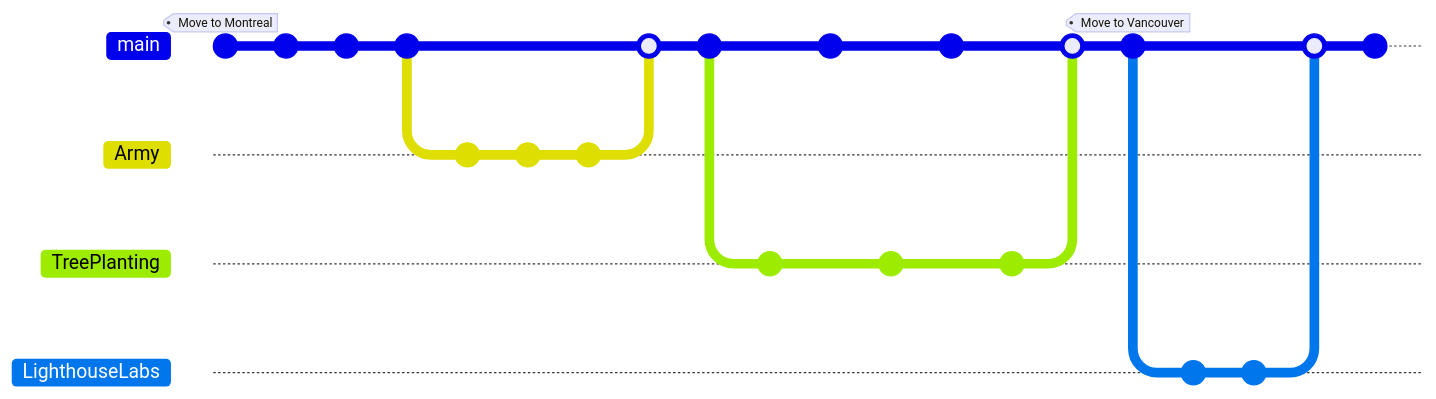
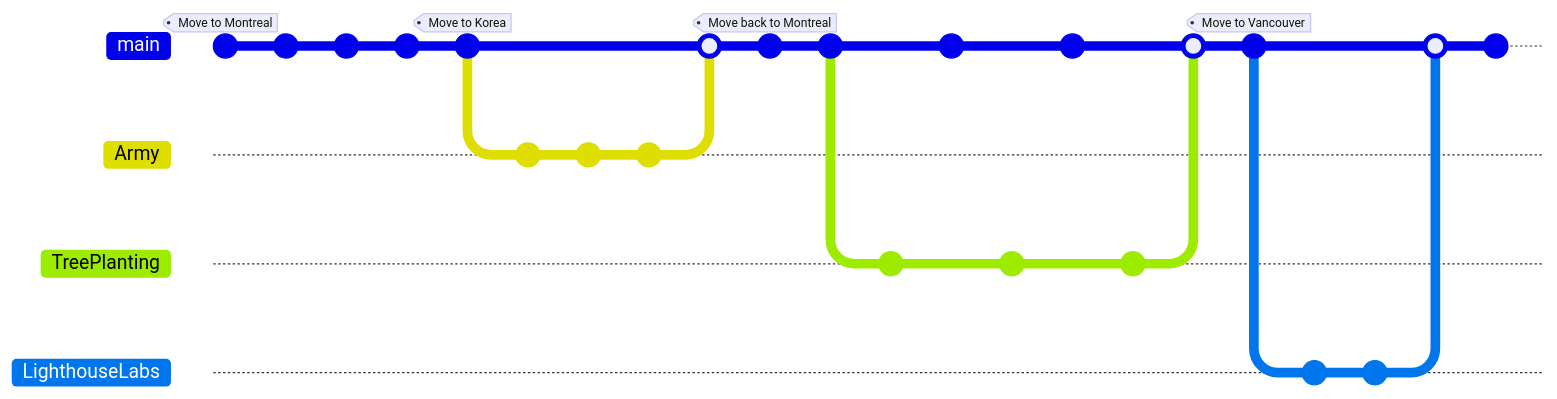
One commit to jakinyang/jakinyang changed the diagram in README.md. Above: the diagram before and after it, drawn with Mermaid. Commit ids are hidden.

Commit message:
--fix mermaid again

````diff
--- a/README.md
+++ b/README.md
@@ -354,37 +354,39 @@
 ```mermaid
 gitGraph:
     commit tag: "Move to Montreal"
     commit id: "2015 - start 1st Year University: Psychology"
     commit id: "2016 - start 2nd Year University: Psychology"
     commit id: "2017 - return to Korea: Military Service"
+    commit tag: "Move to Korea"
     branch Army
     checkout Army
     commit id: "2017 - complete army engineer training"
     commit id: "2019 - deploy to mine clearing operation"
     commit id: "2019 - complete military service"
     checkout main
     merge Army
+    commit tag: "Move back to Montreal"
     commit id: "2020 - start 3rd Year University: Psychology"
     branch TreePlanting
     checkout TreePlanting
     commit id: "1st Season Tree Planting"
     checkout main
     commit id: "2021 - start 4th Year University: Psychology"
     checkout TreePlanting
     commit id: "2nd Season Tree Planting"
     checkout main
     commit id: "2022 - graduate from University: Psychology"
     checkout TreePlanting
     commit id: "3rd Season Tree Planting"
     checkout main
     merge TreePlanting
     commit tag: "Move to Vancouver"
     branch LighthouseLabs
     checkout LighthouseLabs
     commit id: "Start Lighthouse Labs"
     checkout LighthouseLabs
     commit id: "Finish Lighthouse Labs"
     checkout main
     merge LighthouseLabs
     commit id: "Present"
 ```
````
